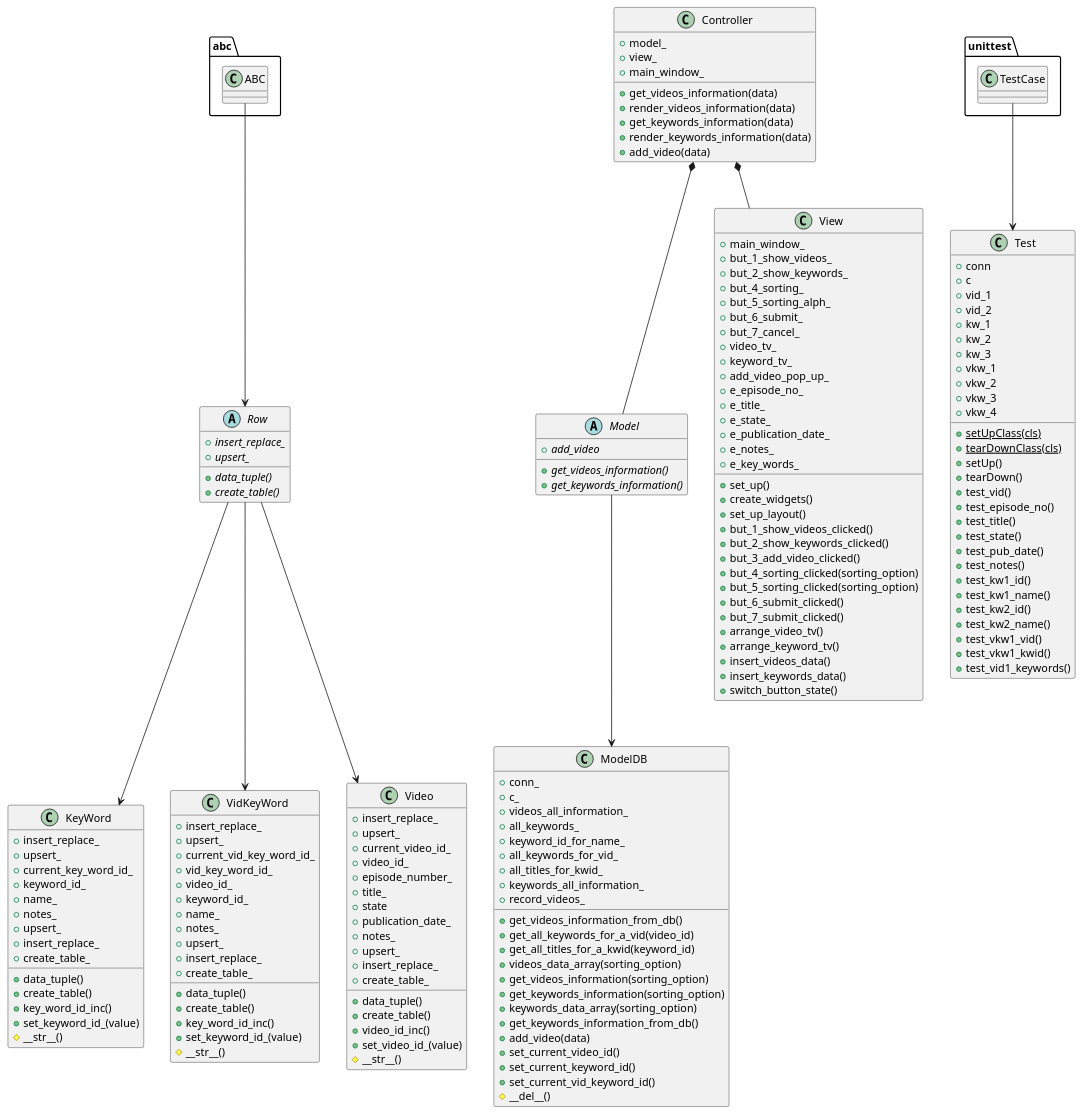
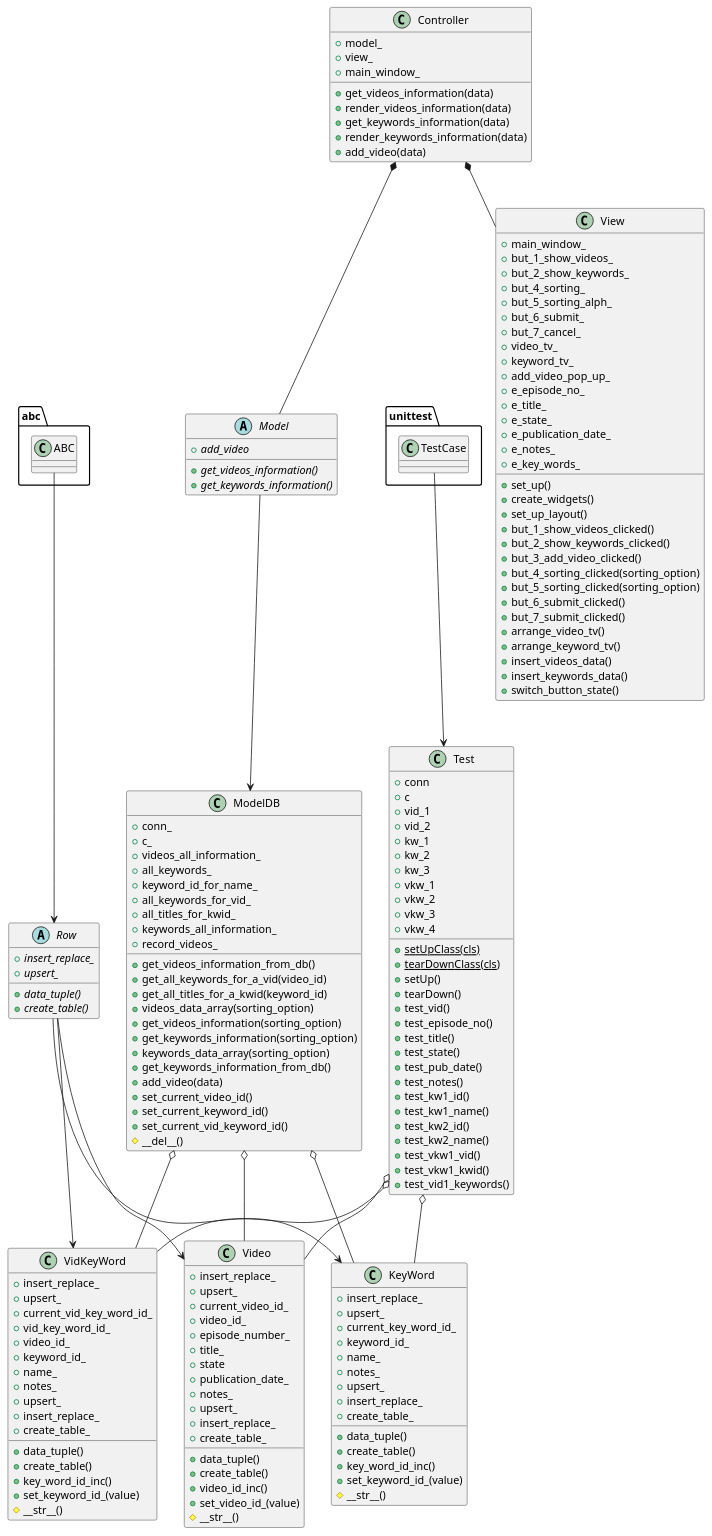
Before and after one commit to Wojtek130/Project_Video_Database: the diagram in uml/diagram.plantuml, drawn with PlantUML. The commit also changed 2 other files, not shown here.

Commit message:
new uml created

```diff
--- a/uml/diagram.plantuml
+++ b/uml/diagram.plantuml
@@ -190,6 +190,18 @@
 
 Model --> ModelDB
 
+Test o-- Video
+
+Test o-- KeyWord
+
+Test o-- VidKeyWord
+
+ModelDB o-- Video
+
+ModelDB o-- KeyWord
+
+ModelDB o-- VidKeyWord
+
 unittest.TestCase --> Test
 
 abc.ABC --> Row
```
